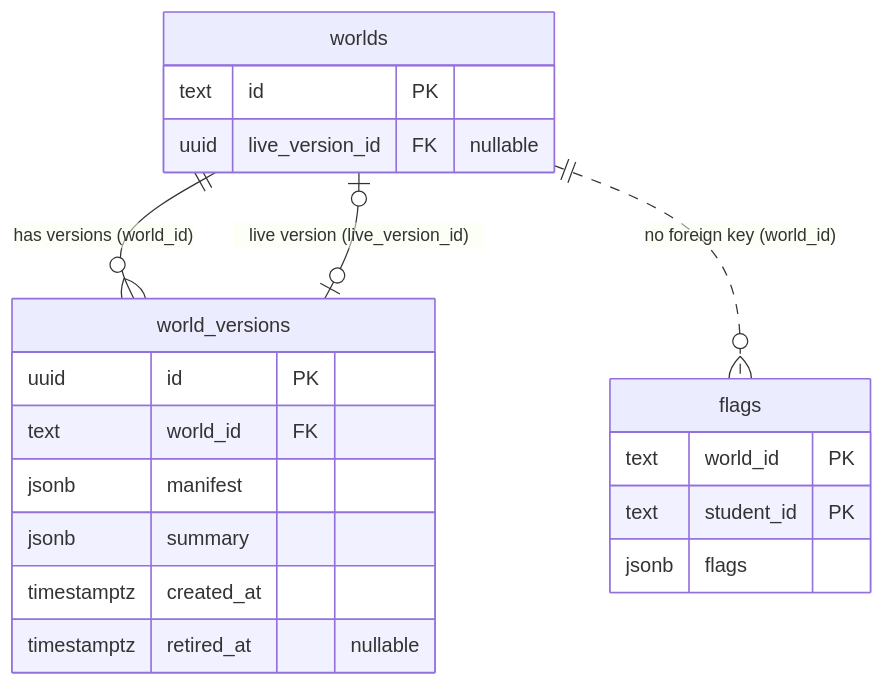
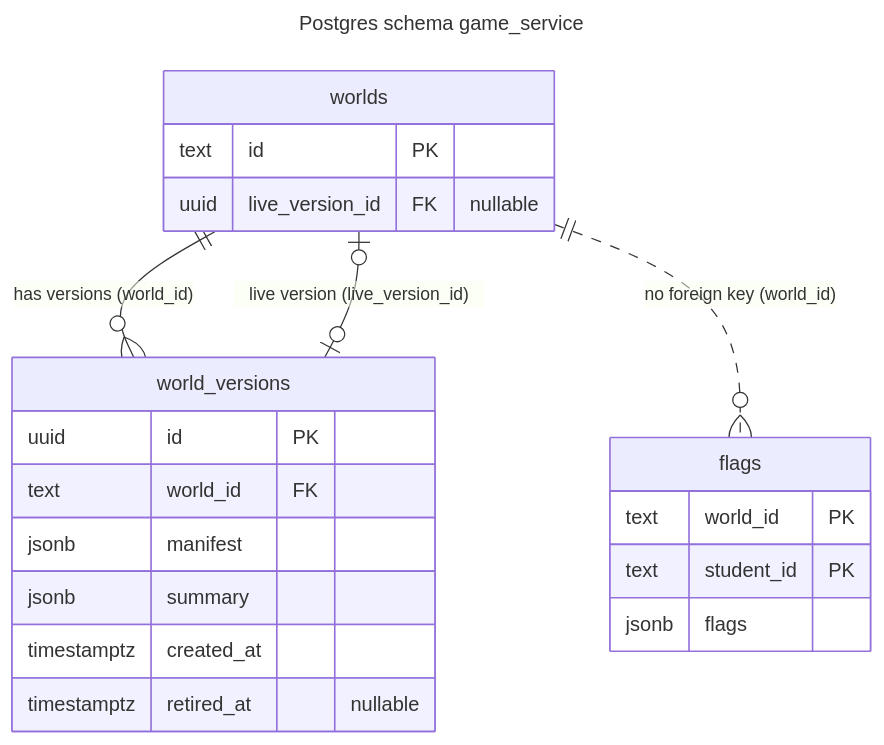
One commit to Palmkonde/rpg-webbase changed the diagram in docs/mermaid/schema.md. Above: the diagram before and after it, drawn with Mermaid. The commit also changed 3 other files, not shown here.

First line of the commit message:
docs(guides): an existing or shared database works for the Game Service

````diff
--- a/docs/mermaid/schema.md
+++ b/docs/mermaid/schema.md
@@ -1,24 +1,27 @@
 ```mermaid
+---
+title: Postgres schema game_service
+---
 erDiagram
   worlds ||--o{ world_versions : "has versions (world_id)"
   worlds |o--o| world_versions : "live version (live_version_id)"
   worlds ||..o{ flags : "no foreign key (world_id)"
 
   worlds {
     text id PK
     uuid live_version_id FK "nullable"
   }
   world_versions {
     uuid id PK
     text world_id FK
     jsonb manifest
     jsonb summary
     timestamptz created_at
     timestamptz retired_at "nullable"
   }
   flags {
     text world_id PK
     text student_id PK
     jsonb flags
   }
 ```
````
